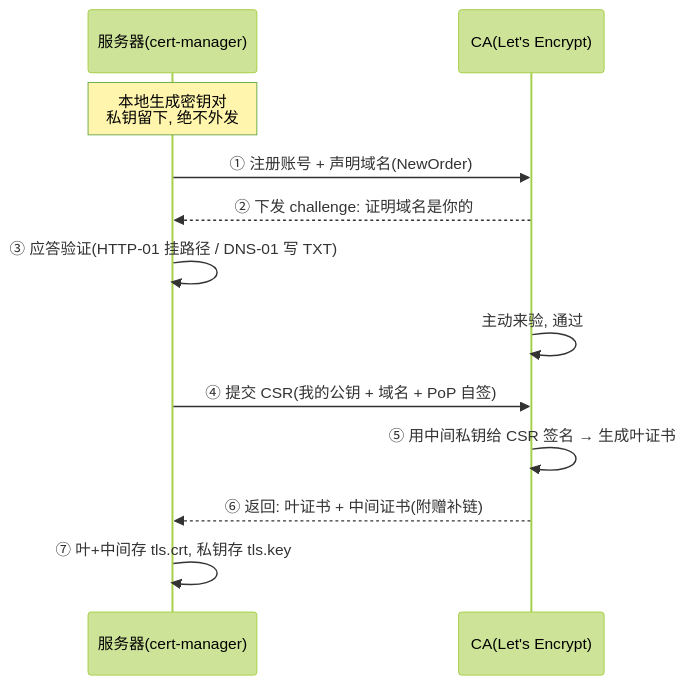
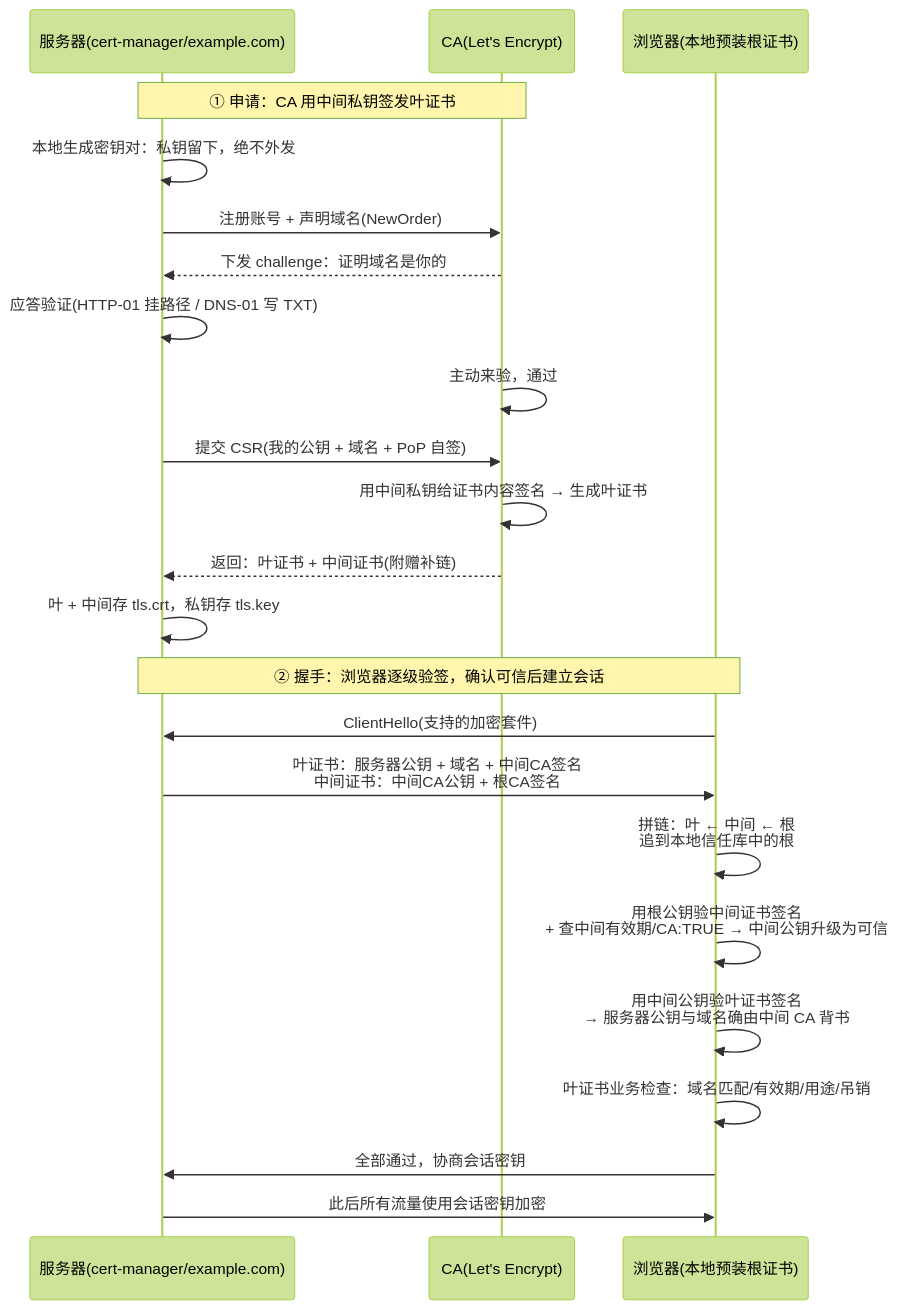
One commit to songli0103/notes changed the first of 10 diagrams in 10-云原生/02-平台组件/05-cert-manager/cert-manager.md. Above: the diagram before and after it, drawn with Mermaid (forest theme). The commit also changed other lines of this file, not shown here.

Commit message:
合并证书申请与 TLS 握手流程图

````diff
--- a/10-云原生/02-平台组件/05-cert-manager/cert-manager.md
+++ b/10-云原生/02-平台组件/05-cert-manager/cert-manager.md
@@ -47,14 +22,27 @@
 ```mermaid
 sequenceDiagram
-    participant S as 服务器(cert-manager)
+    participant S as 服务器(cert-manager/example.com)
     participant CA as CA(Let's Encrypt)
-    Note over S: 本地生成密钥对<br/>私钥留下, 绝不外发
-    S->>CA: ① 注册账号 + 声明域名(NewOrder)
-    CA-->>S: ② 下发 challenge: 证明域名是你的
-    S->>S: ③ 应答验证(HTTP-01 挂路径 / DNS-01 写 TXT)
-    CA->>CA: 主动来验, 通过
-    S->>CA: ④ 提交 CSR(我的公钥 + 域名 + PoP 自签)
-    CA->>CA: ⑤ 用中间私钥给 CSR 签名 → 生成叶证书
-    CA-->>S: ⑥ 返回: 叶证书 + 中间证书(附赠补链)
-    S->>S: ⑦ 叶+中间存 tls.crt, 私钥存 tls.key
+    participant B as 浏览器(本地预装根证书)
+
+    Note over S,CA: ① 申请：CA 用中间私钥签发叶证书
+    S->>S: 本地生成密钥对：私钥留下，绝不外发
+    S->>CA: 注册账号 + 声明域名(NewOrder)
+    CA-->>S: 下发 challenge：证明域名是你的
+    S->>S: 应答验证(HTTP-01 挂路径 / DNS-01 写 TXT)
+    CA->>CA: 主动来验，通过
+    S->>CA: 提交 CSR(我的公钥 + 域名 + PoP 自签)
+    CA->>CA: 用中间私钥给证书内容签名 → 生成叶证书
+    CA-->>S: 返回：叶证书 + 中间证书(附赠补链)
+    S->>S: 叶 + 中间存 tls.crt，私钥存 tls.key
+
+    Note over B,S: ② 握手：浏览器逐级验签，确认可信后建立会话
+    B->>S: ClientHello(支持的加密套件)
+    S->>B: 叶证书：服务器公钥 + 域名 + 中间CA签名<br/>中间证书：中间CA公钥 + 根CA签名
+    B->>B: 拼链：叶 ← 中间 ← 根<br/>追到本地信任库中的根
+    B->>B: 用根公钥验中间证书签名<br/>+ 查中间有效期/CA:TRUE → 中间公钥升级为可信
+    B->>B: 用中间公钥验叶证书签名<br/>→ 服务器公钥与域名确由中间 CA 背书
+    B->>B: 叶证书业务检查：域名匹配/有效期/用途/吊销
+    B->>S: 全部通过，协商会话密钥
+    S->>B: 此后所有流量使用会话密钥加密
 ```
````
